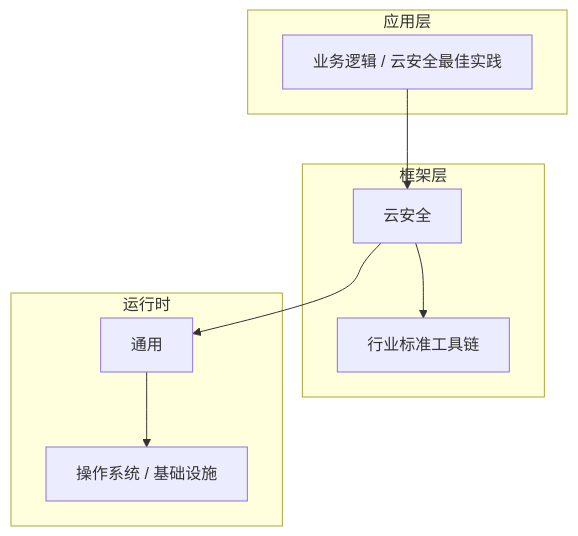
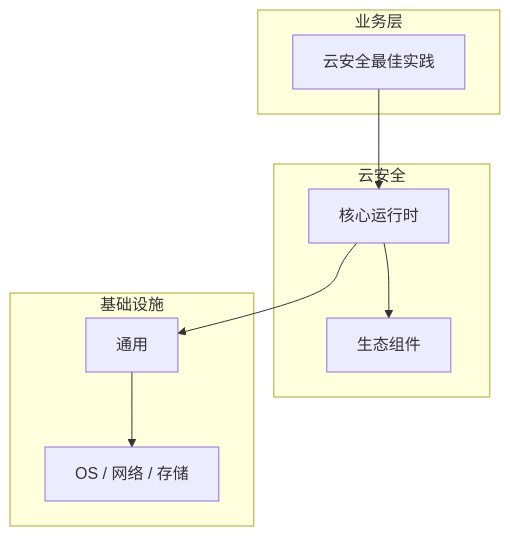
The diagram in articles/云安全/chapters/055-云安全最佳实践核心概念与原理.md (yanggan2015/knowledge-json-v2), drawn with Mermaid before and after one commit. The commit also changed other lines of this file and 10127 other files, not shown here.

````diff
--- a/articles/云安全/chapters/055-云安全最佳实践核心概念与原理.md
+++ b/articles/云安全/chapters/055-云安全最佳实践核心概念与原理.md
@@ -46,18 +35,18 @@
 ```mermaid
 graph TB
-    subgraph 应用层
-        A[业务逻辑 / 云安全最佳实践]
+    subgraph 业务层
+        A[云安全最佳实践]
     end
-    subgraph 框架层
-        B[云安全]
-        C[行业标准工具链]
+    subgraph 云安全
+        B[核心运行时]
+        C[生态组件]
     end
-    subgraph 运行时
+    subgraph 基础设施
         D[通用]
-        E[操作系统 / 基础设施]
+        E[OS / 网络 / 存储]
     end
     A --> B
     B --> C
     B --> D
     D --> E
 ```
````
